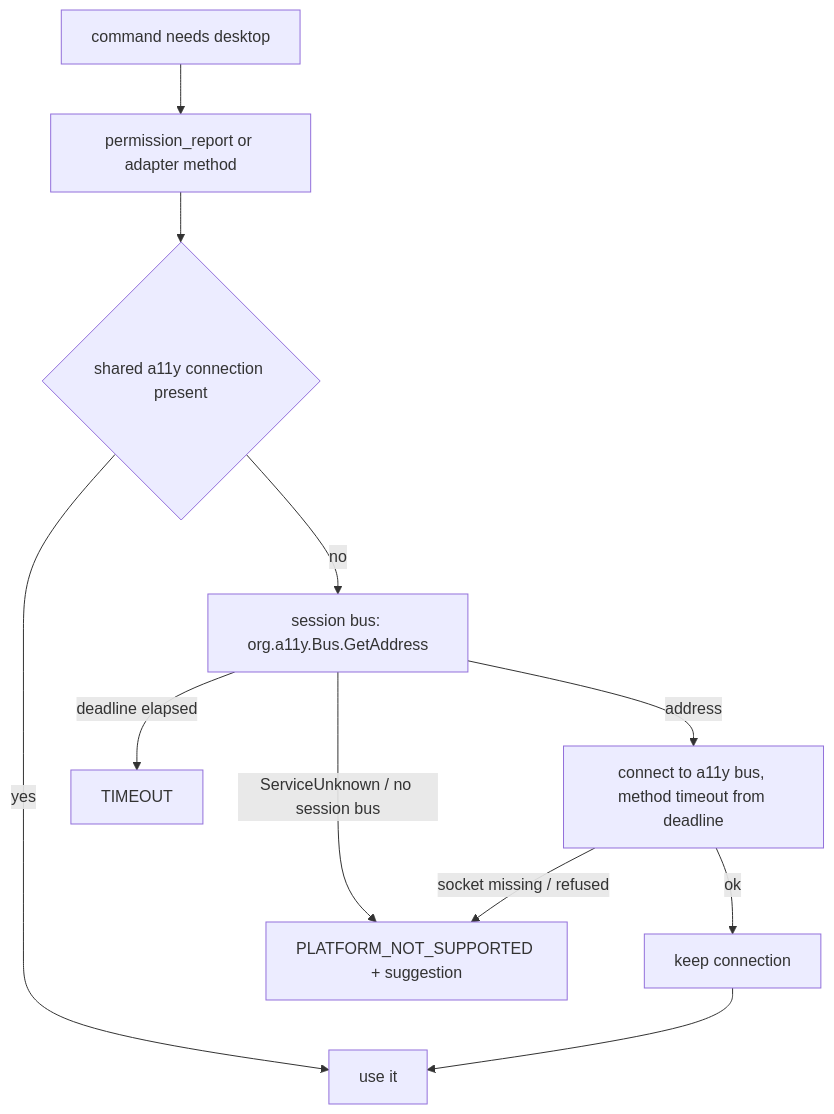
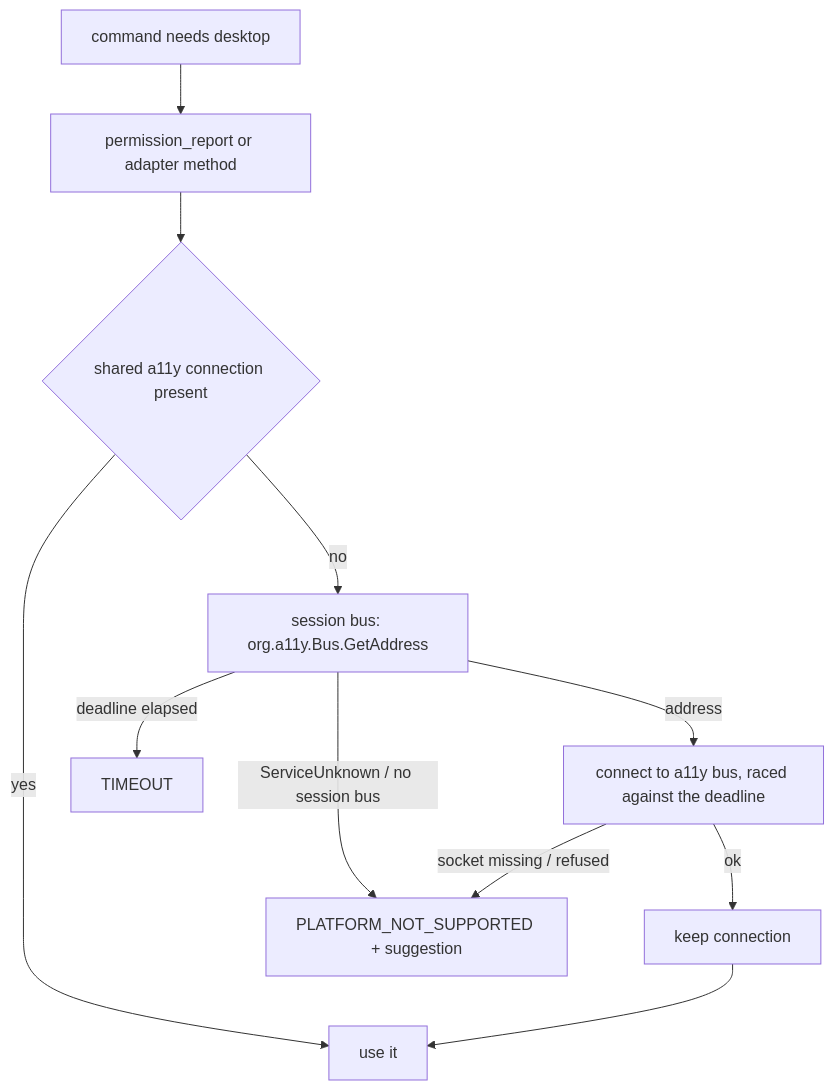
The diagram in docs/plans/2026-10-18-0637-feat-linux-toolchain-ci-bus-bootstrap-plan.md (justcarlson/agent-desktop), drawn with Mermaid before and after one commit. The commit also changed other lines of this file, not shown here.

Commit message:
docs: align the bus bootstrap plan with the shipped deadline design

````diff
--- a/docs/plans/2026-10-18-0637-feat-linux-toolchain-ci-bus-bootstrap-plan.md
+++ b/docs/plans/2026-10-18-0637-feat-linux-toolchain-ci-bus-bootstrap-plan.md
@@ -92,12 +92,12 @@
 ```mermaid
 flowchart TB
   C[command needs desktop] --> P[permission_report or adapter method]
   P --> S{shared a11y connection present}
   S -->|yes| U[use it]
   S -->|no| G[session bus: org.a11y.Bus.GetAddress]
-  G -->|address| A[connect to a11y bus, method timeout from deadline]
+  G -->|address| A[connect to a11y bus, raced against the deadline]
   A -->|ok| K[keep connection] --> U
   G -->|ServiceUnknown / no session bus| E[PLATFORM_NOT_SUPPORTED + suggestion]
   A -->|socket missing / refused| E
   G -->|deadline elapsed| T[TIMEOUT]
 ```
````
